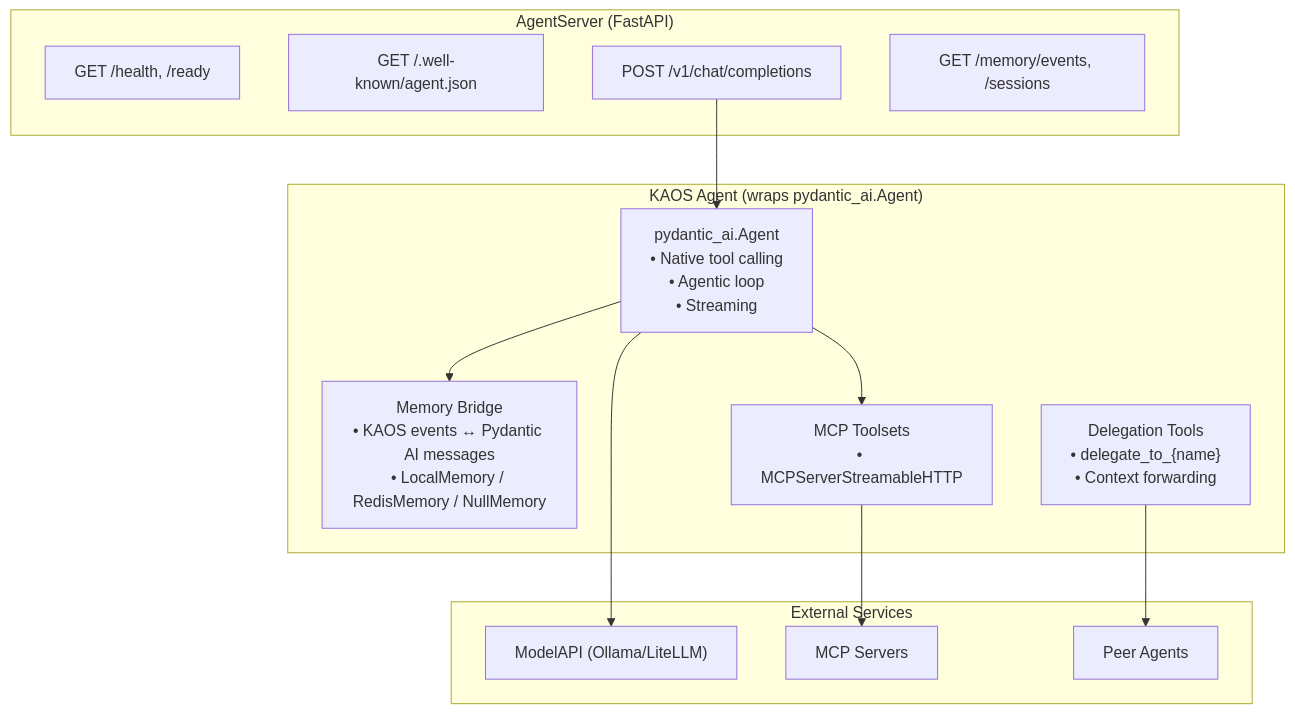
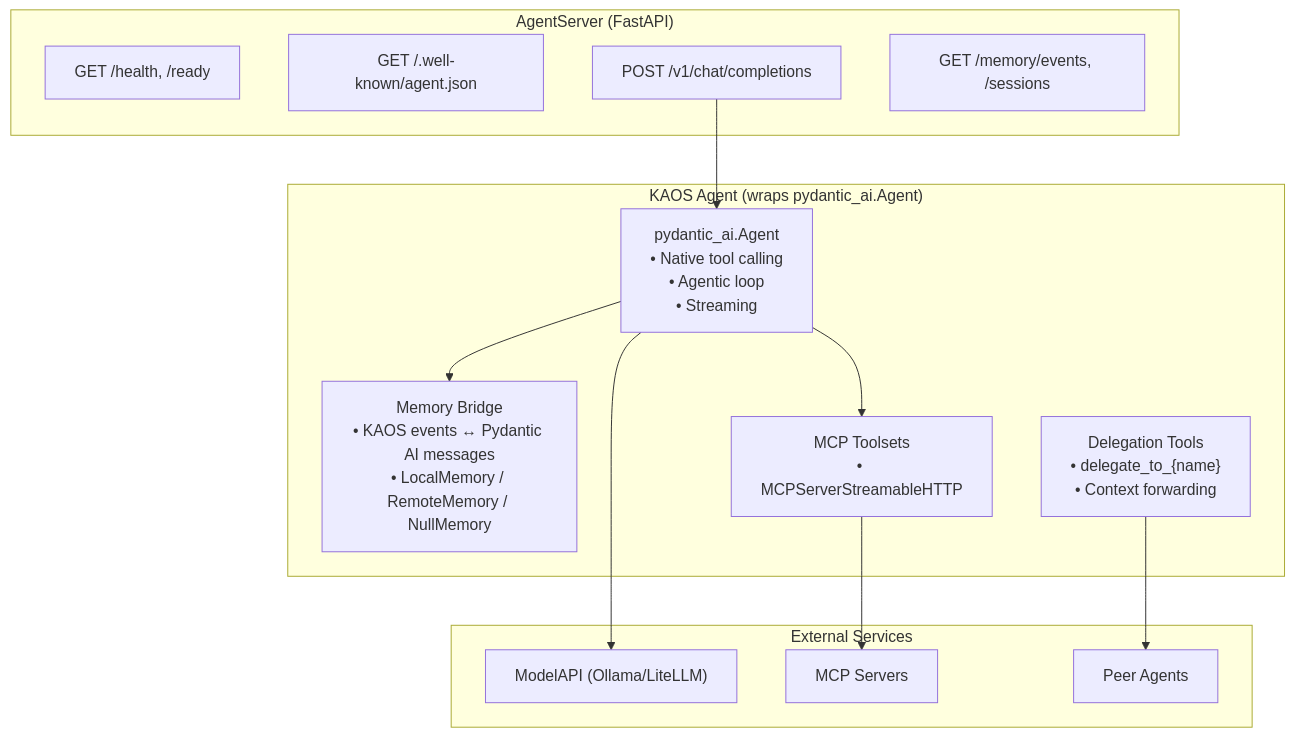
One commit to axsaucedo/kaos changed the diagram in docs/python-framework/overview.md. Above: the diagram before and after it, drawn with Mermaid. The commit also changed other lines of this file and 23 other files, not shown here.

First line of the commit message:
feat(memory): remove legacy Redis distributed-memory backend

````diff
--- a/docs/python-framework/overview.md
+++ b/docs/python-framework/overview.md
@@ -32,29 +32,29 @@
 ```mermaid
 flowchart TB
     subgraph server["AgentServer (FastAPI)"]
         health["GET /health, /ready"]
         a2a["GET /.well-known/agent.json"]
         chat["POST /v1/chat/completions"]
         mem_ep["GET /memory/events, /sessions"]
     end
 
     subgraph agent["KAOS Agent (wraps pydantic_ai.Agent)"]
         pydantic["pydantic_ai.Agent<br/>• Native tool calling<br/>• Agentic loop<br/>• Streaming"]
-        memory["Memory Bridge<br/>• KAOS events ↔ Pydantic AI messages<br/>• LocalMemory / RedisMemory / NullMemory"]
+        memory["Memory Bridge<br/>• KAOS events ↔ Pydantic AI messages<br/>• LocalMemory / RemoteMemory / NullMemory"]
         delegation["Delegation Tools<br/>• delegate_to_{name}<br/>• Context forwarding"]
         mcp["MCP Toolsets<br/>• MCPServerStreamableHTTP"]
     end
 
     subgraph external["External Services"]
         model["ModelAPI (Ollama/LiteLLM)"]
         mcpsrv["MCP Servers"]
         peers["Peer Agents"]
     end
 
     chat --> pydantic
     pydantic --> model
     pydantic --> mcp
     mcp --> mcpsrv
     delegation --> peers
     pydantic --> memory
 ```
````
